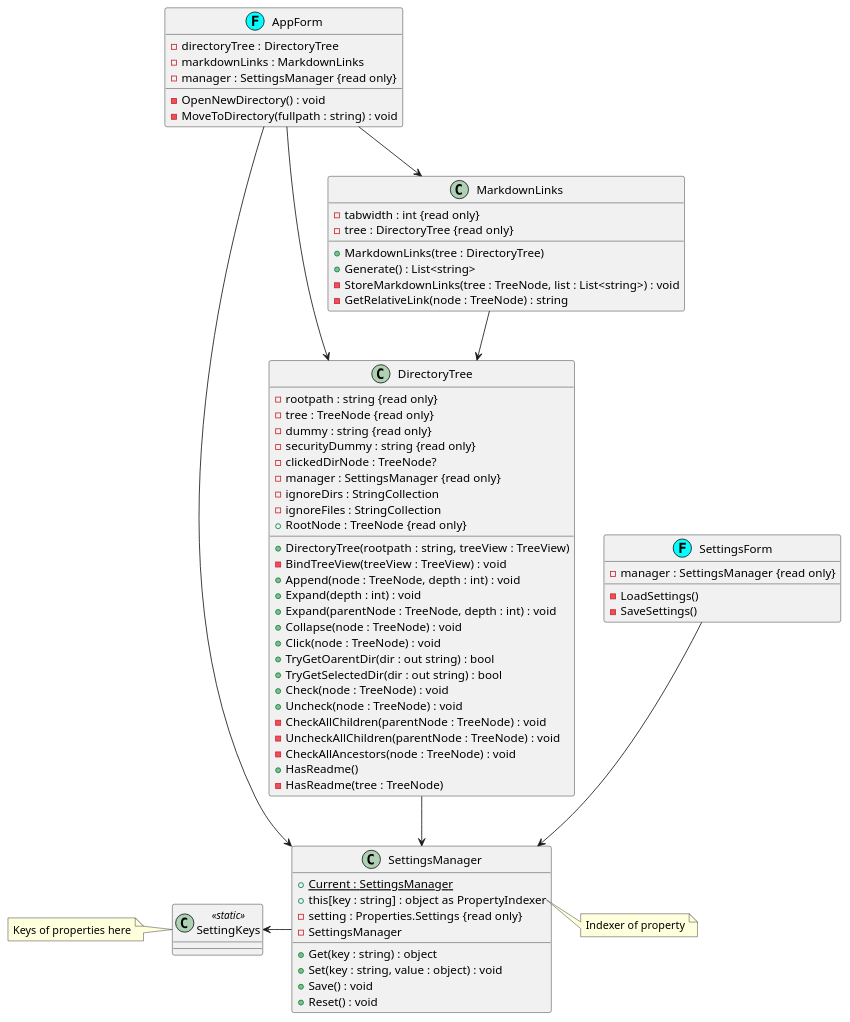
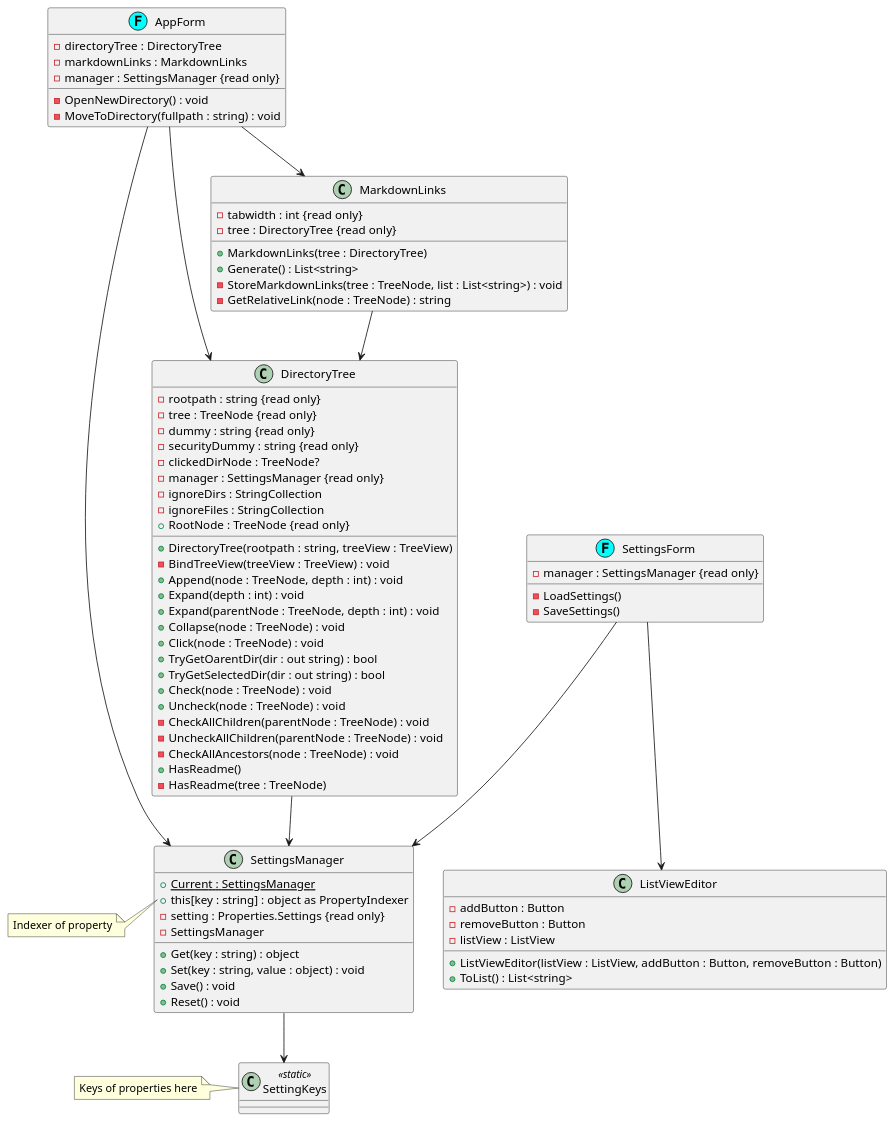
The diagram in uml/DirectoryStructureToMarkdownLinks.puml (tatsuya19871219/DirectoryStructureToMarkdownLinks), drawn with PlantUML before and after one commit. The commit also changed 9 other files, not shown here.

```diff
--- a/uml/DirectoryStructureToMarkdownLinks.puml
+++ b/uml/DirectoryStructureToMarkdownLinks.puml
@@ -1,102 +1,113 @@
 @startuml ClassDiagram
 class SettingKeys <<static>>
 {
 }
 note left of SettingKeys
     Keys of properties here
 end note
 
-SettingsManager -left-> SettingKeys
+SettingsManager --> SettingKeys
 class SettingsManager
 {
 '{static} - instance : SettingsManager
 {static} + Current : SettingsManager
 + this[key : string] : object as PropertyIndexer
 - setting : Properties.Settings {read only}
 - SettingsManager
 + Get(key : string) : object
 + Set(key : string, value : object) : void
 + Save() : void
 + Reset() : void
 }
-note right of SettingsManager::PropertyIndexer
+note left of SettingsManager::PropertyIndexer
     Indexer of property
 end note
 
 ' AppForm -up-|> Form
 ' SettingsForm -up-|> Form
 ' class Form << (F, #00ffff) >>
 ' {
 '     '
 ' }
 
 AppForm --> DirectoryTree
 AppForm --> MarkdownLinks
 AppForm --> SettingsManager
 class AppForm << (F, #00ffff) >>
 {
     - directoryTree : DirectoryTree
     - markdownLinks : MarkdownLinks
     - manager : SettingsManager {read only}
     '
     - OpenNewDirectory() : void
     - MoveToDirectory(fullpath : string) : void
 
 }
 
 SettingsForm --> SettingsManager
+SettingsForm --> ListViewEditor
 class SettingsForm << (F, #00ffff) >>
 {
     - manager : SettingsManager {read only}
     '
     - LoadSettings()
     - SaveSettings()
 }
 
 DirectoryTree --> SettingsManager
 class DirectoryTree
 {
     - rootpath : string {read only}
     - tree : TreeNode {read only}
     - dummy : string {read only}
     - securityDummy : string {read only}
     - clickedDirNode : TreeNode?
     '
     - manager : SettingsManager {read only}
     '
     - ignoreDirs : StringCollection
     - ignoreFiles : StringCollection
     '
     + RootNode : TreeNode {read only}
     '
     + DirectoryTree(rootpath : string, treeView : TreeView)
     - BindTreeView(treeView : TreeView) : void
     + Append(node : TreeNode, depth : int) : void
     + Expand(depth : int) : void
     + Expand(parentNode : TreeNode, depth : int) : void
     + Collapse(node : TreeNode) : void
     + Click(node : TreeNode) : void
     + TryGetOarentDir(dir : out string) : bool
     + TryGetSelectedDir(dir : out string) : bool
     + Check(node : TreeNode) : void
     + Uncheck(node : TreeNode) : void
     - CheckAllChildren(parentNode : TreeNode) : void
     - UncheckAllChildren(parentNode : TreeNode) : void
     - CheckAllAncestors(node : TreeNode) : void
     + HasReadme()
     - HasReadme(tree : TreeNode)
 }
 
 MarkdownLinks --> DirectoryTree
 class MarkdownLinks
 {
     - tabwidth : int {read only}
     - tree : DirectoryTree {read only}
 
     + MarkdownLinks(tree : DirectoryTree)
     + Generate() : List<string>
     - StoreMarkdownLinks(tree : TreeNode, list : List<string>) : void
     - GetRelativeLink(node : TreeNode) : string
 }
 
+class ListViewEditor
+{
+    - addButton : Button
+    - removeButton : Button
+    - listView : ListView
+    '
+    + ListViewEditor(listView : ListView, addButton : Button, removeButton : Button)
+    + ToList() : List<string>
+}
+
 @enduml
```
